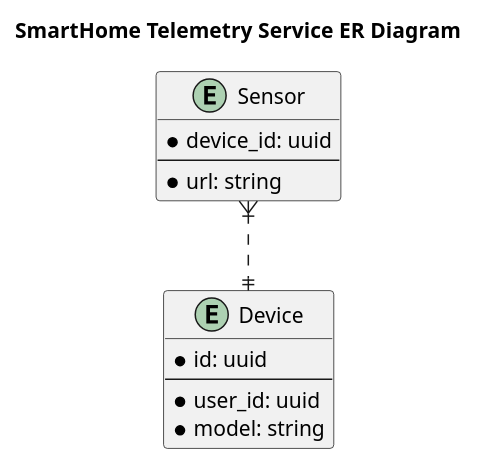
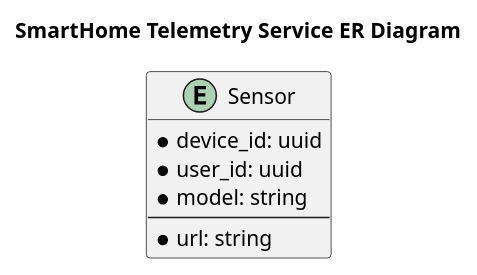
One commit to yuoknow/architecture-sprint-3 changed the diagram in diagrams/Microservices_Telemetry_ER.puml. Above: the diagram before and after it, drawn with PlantUML. The commit also changed 21 other files, not shown here.

```diff
--- a/diagrams/Microservices_Telemetry_ER.puml
+++ b/diagrams/Microservices_Telemetry_ER.puml
@@ -1,20 +1,13 @@
 @startuml
 title SmartHome Telemetry Service ER Diagram
 
 top to bottom direction
 
-entity Device {
-    * id: uuid
-    --
+entity Sensor {
+    * device_id: uuid
     * user_id: uuid
     * model: string
-}
-
-entity Sensor {
-    * device_id: uuid
     --
     * url: string
 }
-
-Sensor }|..|| Device
 @enduml
```
